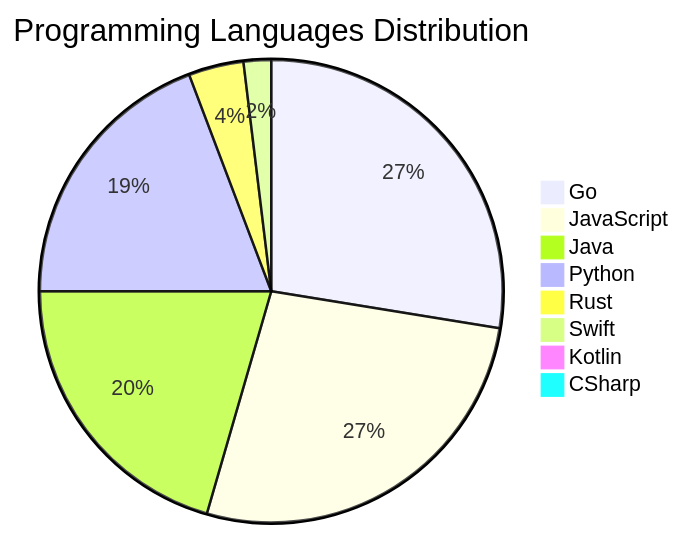
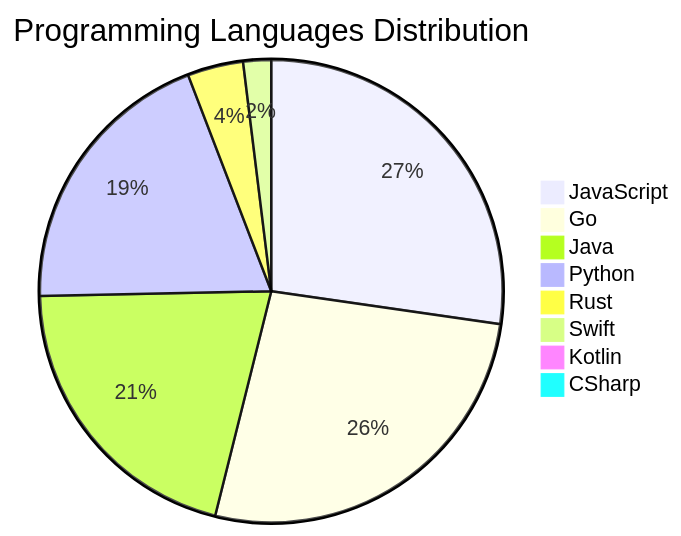
One commit to Derrick-MUGISHA/github-activity-bot changed the diagram in README.md. Above: the diagram before and after it, drawn with Mermaid. The commit also changed other lines of this file and 4 other files, not shown here.

````diff
--- a/README.md
+++ b/README.md
@@ -208,11 +208,11 @@
 ```mermaid
 pie title Programming Languages Distribution
-    "Go" : 43
     "JavaScript" : 42
+    "Go" : 41
     "Java" : 32
     "Python" : 30
     "Rust" : 6
     "Swift" : 3
     "Kotlin" : 1
     "CSharp" : 1
 ```
````
